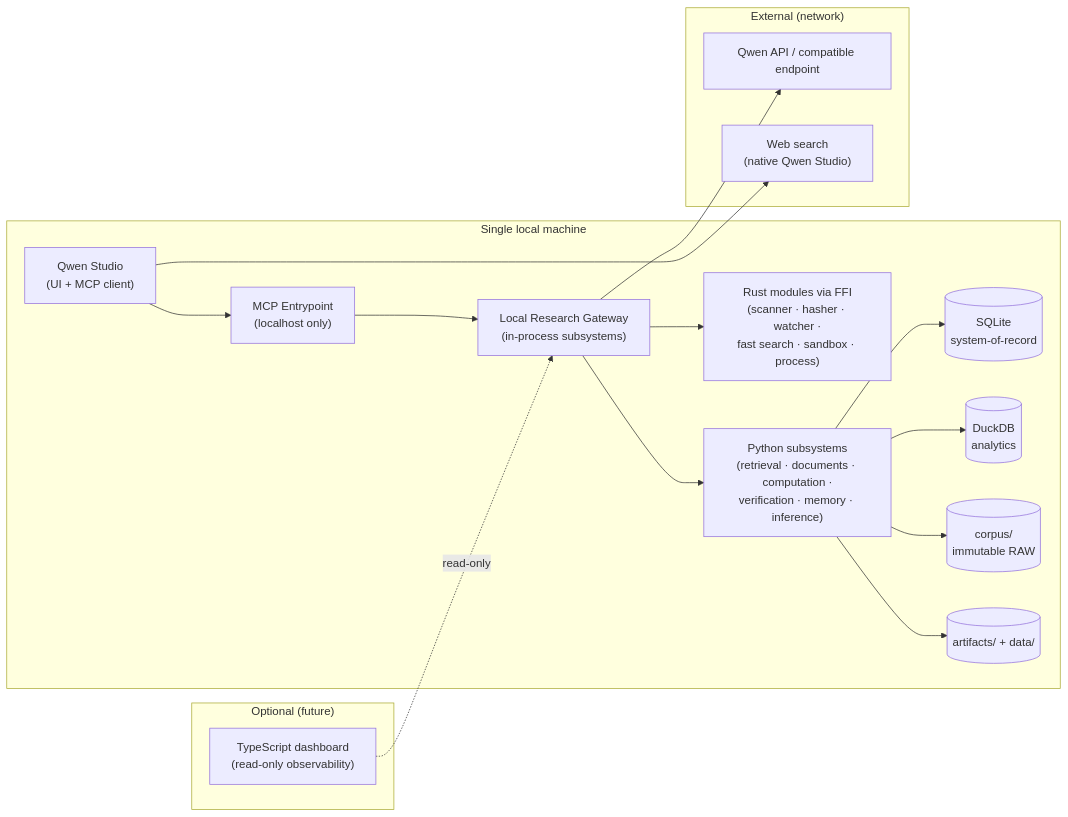
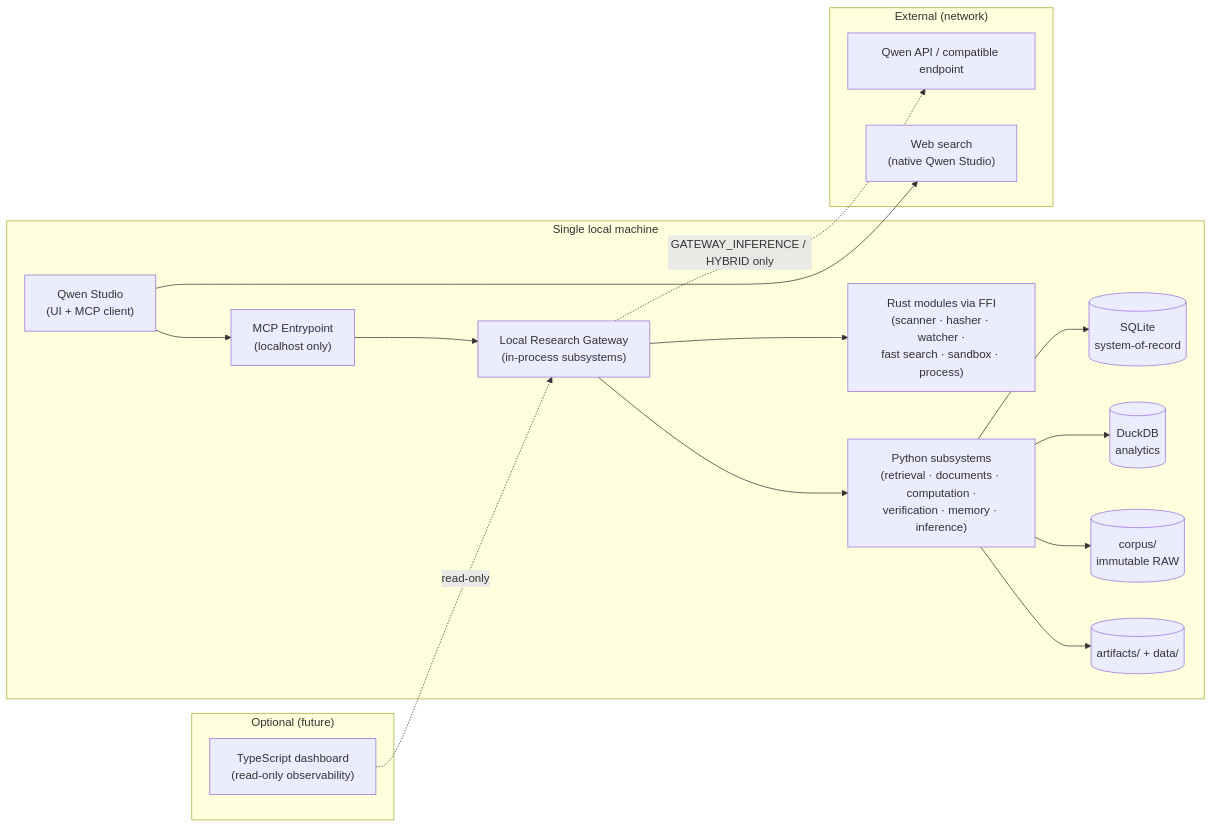
Before and after one commit to mitem743351/qwen: the diagram in docs/architecture/diagrams/deployment-topology.md, drawn with Mermaid. The commit also changed other lines of this file and 28 other files, not shown here.

````diff
--- a/docs/architecture/diagrams/deployment-topology.md
+++ b/docs/architecture/diagrams/deployment-topology.md
@@ -3,35 +3,35 @@
 ```mermaid
 flowchart LR
     subgraph HOST["Single local machine"]
         QS["Qwen Studio<br/>(UI + MCP client)"]
         MCP["MCP Entrypoint<br/>(localhost only)"]
         GW["Local Research Gateway<br/>(in-process subsystems)"]
         RUST["Rust modules via FFI<br/>(scanner · hasher · watcher ·<br/>fast search · sandbox · process)"]
         PY["Python subsystems<br/>(retrieval · documents · computation ·<br/>verification · memory · inference)"]
         SQLITE[("SQLite<br/>system-of-record")]
         DUCKDB[("DuckDB<br/>analytics")]
         CORPUS[("corpus/<br/>immutable RAW")]
         ART[("artifacts/ + data/")]
     end
 
     subgraph REMOTE["External (network)"]
         API["Qwen API / compatible endpoint"]
         WEB["Web search<br/>(native Qwen Studio)"]
     end
 
     subgraph OPTIONAL["Optional (future)"]
         DASH["TypeScript dashboard<br/>(read-only observability)"]
     end
 
     QS --> MCP
     QS --> WEB
     MCP --> GW
     GW --> PY
     GW --> RUST
     PY --> SQLITE
     PY --> DUCKDB
     PY --> CORPUS
     PY --> ART
-    GW --> API
+    GW -.->|"GATEWAY_INFERENCE / HYBRID only"| API
     DASH -.->|read-only| GW
 ```
````
